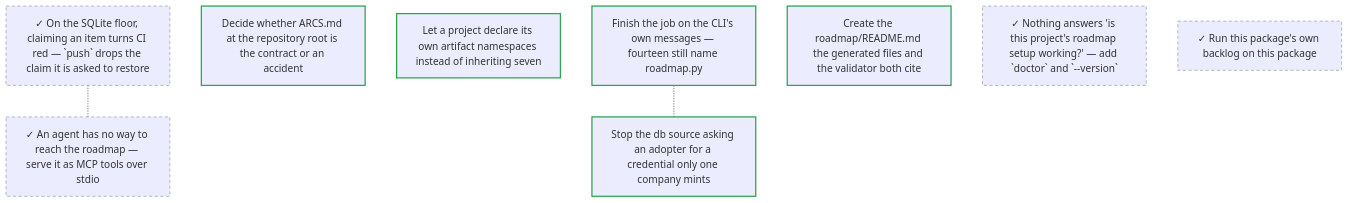
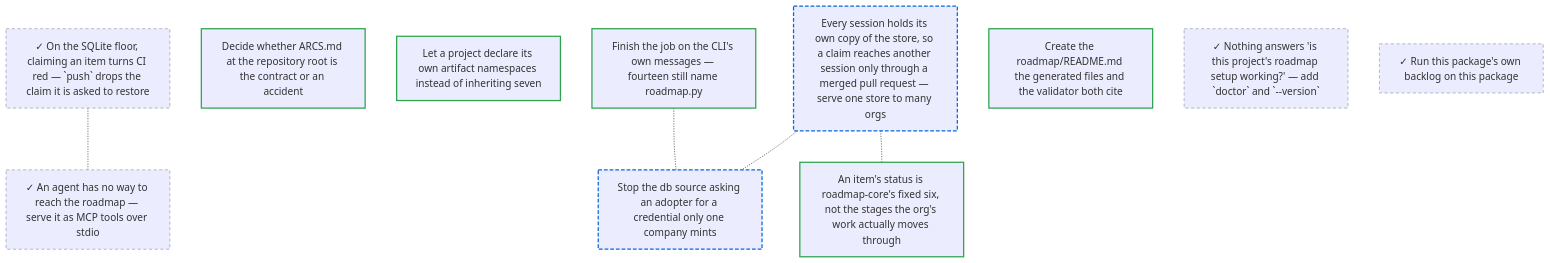
Before and after one commit to gald33/roadmap-core: the diagram in roadmap/ROADMAP.md, drawn with Mermaid. The commit also changed other lines of this file and 11 other files, not shown here.

````diff
--- a/roadmap/ROADMAP.md
+++ b/roadmap/ROADMAP.md
@@ -37,20 +37,24 @@
 ```mermaid
 graph TD
   classDef ready stroke:#2da44e,stroke-width:2px
   classDef deferred stroke:#9a6700,stroke-width:1px,stroke-dasharray:4 3
   classDef blocked stroke:#cf222e,stroke-width:2px
   classDef claimed stroke:#8250df,stroke-width:2px
   classDef verifying stroke:#0969da,stroke-width:2px,stroke-dasharray:6 3
   classDef done stroke:#8c959f,stroke-width:1px,stroke-dasharray:5 4
   a_claim_cannot_survive_the_floors_ci["✓ On the SQLite floor, claiming an item turns CI red — `push` drops the claim it is asked to restore"]:::done
   an_agent_cannot_reach_the_roadmap["✓ An agent has no way to reach the roadmap — serve it as MCP tools over stdio"]:::done
   arcs_md_path_is_not_configurable["Decide whether ARCS.md at the repository root is the contract or an accident"]:::ready
   artifact_namespaces_are_one_projects["Let a project declare its own artifact namespaces instead of inheriting seven"]:::ready
+  claims_move_faster_than_pull_requests["Every session holds its own copy of the store, so a claim reaches another session only through a merged pull request — serve one store to many orgs"]:::verifying
   cli_messages_name_a_script_that_does_not_exist["Finish the job on the CLI's own messages — fourteen still name roadmap.py"]:::ready
-  credential_error_names_one_repos_secret["Stop the db source asking an adopter for a credential only one company mints"]:::ready
+  credential_error_names_one_repos_secret["Stop the db source asking an adopter for a credential only one company mints"]:::verifying
   generated_file_points_at_an_uncreated_readme["Create the roadmap/README.md the generated files and the validator both cite"]:::ready
   nothing_tells_an_adopter_their_setup_is_broken["✓ Nothing answers 'is this project's roadmap setup working?' — add `doctor` and `--version`"]:::done
+  pipeline_statuses_are_the_orgs_own["An item's status is roadmap-core's fixed six, not the stages the org's work actually moves through"]:::ready
   roadmap_core_runs_its_own_roadmap["✓ Run this package's own backlog on this package"]:::done
   a_claim_cannot_survive_the_floors_ci -.- an_agent_cannot_reach_the_roadmap
+  claims_move_faster_than_pull_requests -.- credential_error_names_one_repos_secret
+  claims_move_faster_than_pull_requests -.- pipeline_statuses_are_the_orgs_own
   cli_messages_name_a_script_that_does_not_exist -.- credential_error_names_one_repos_secret
 ```
````
